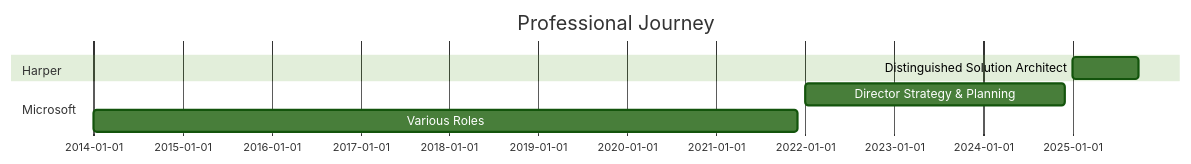
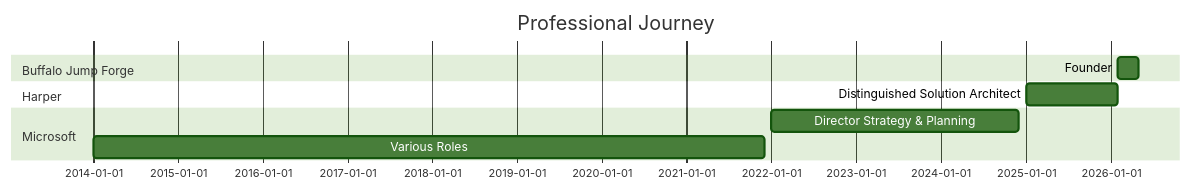
One commit to irjudson/irjudson changed the diagram in README.md. Above: the diagram before and after it, drawn with Mermaid (forest theme). The commit also changed other lines of this file, not shown here.

First line of the commit message:
docs: reposition profile around Buffalo Jump Forge, AI + hardware

````diff
--- a/README.md
+++ b/README.md
@@ -123,10 +158,12 @@
 ```mermaid
 gantt
     title Professional Journey
     dateFormat  YYYY-MM
+    section Buffalo Jump Forge
+    Founder                             :2026-02, 2026-05
     section Harper
-    Distinguished Solution Architect    :2025-01, 2025-10
+    Distinguished Solution Architect    :2025-01, 2026-02
     section Microsoft
     Director Strategy & Planning        :2022-01, 2024-12
     Various Roles                       :2014-01, 2021-12
 ```
````
